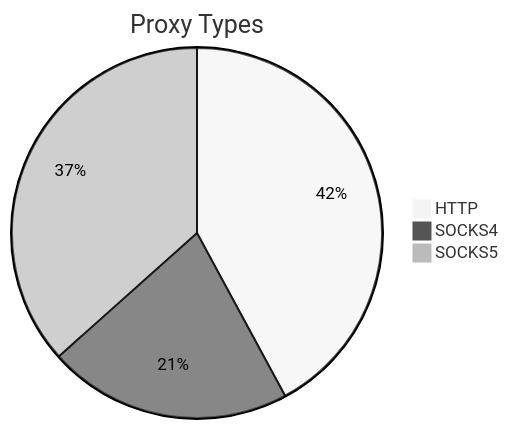
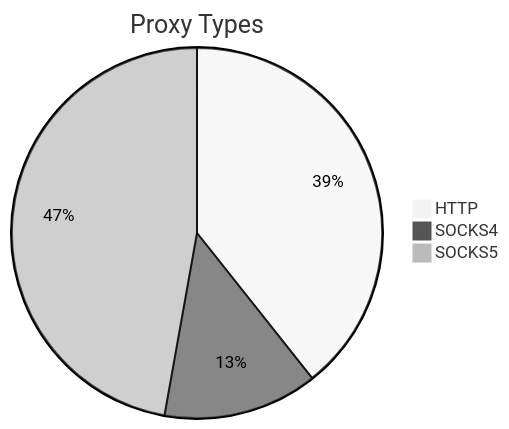
One commit to stormsia/proxy-list changed the first of 2 diagrams in README.md. Above: the diagram before and after it, drawn with Mermaid (neutral theme). The commit also changed other lines of this file, not shown here.

````diff
--- a/README.md
+++ b/README.md
@@ -21,6 +21,6 @@
 ```mermaid
 pie title Proxy Types
-    "HTTP" : 176
-    "SOCKS4" : 89
-    "SOCKS5" : 153
+    "HTTP" : 70
+    "SOCKS4" : 24
+    "SOCKS5" : 84
 ```
````
